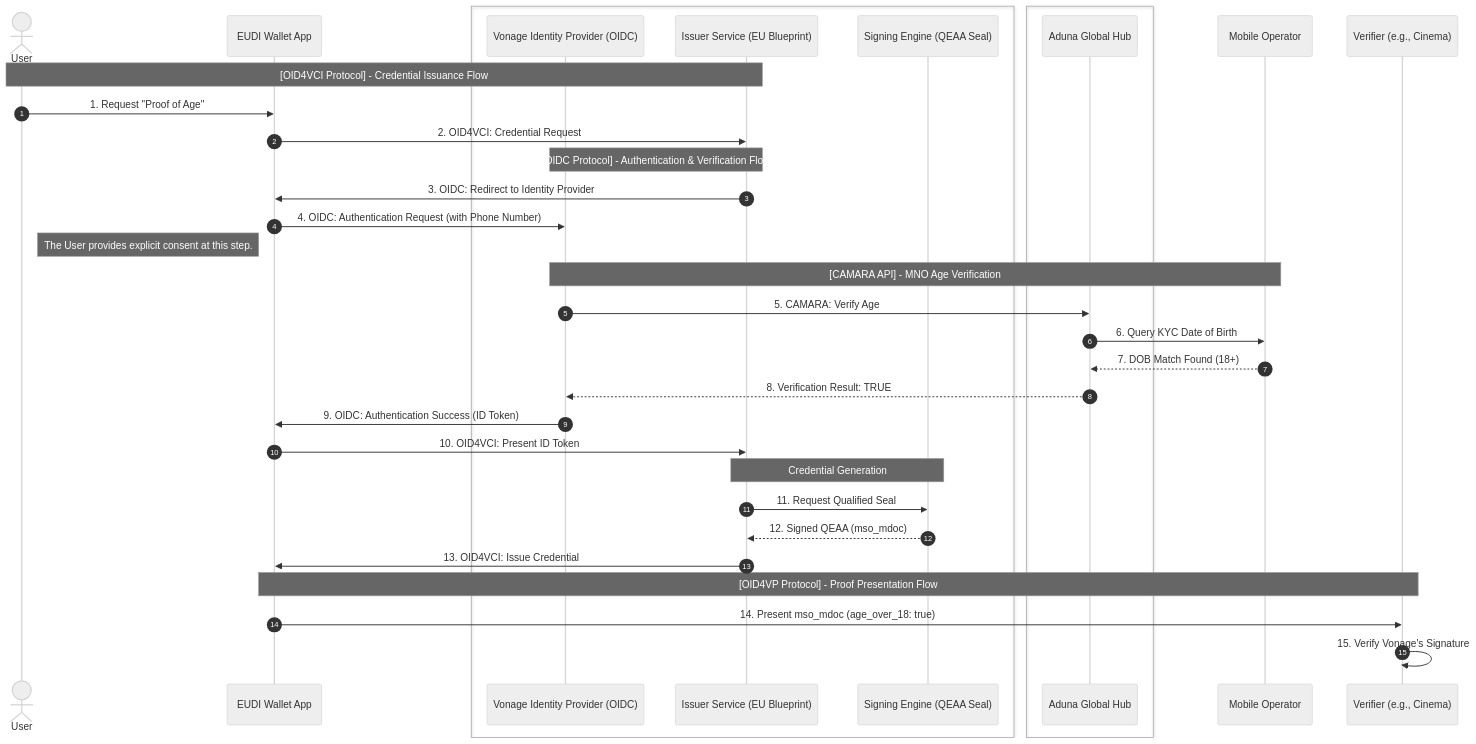
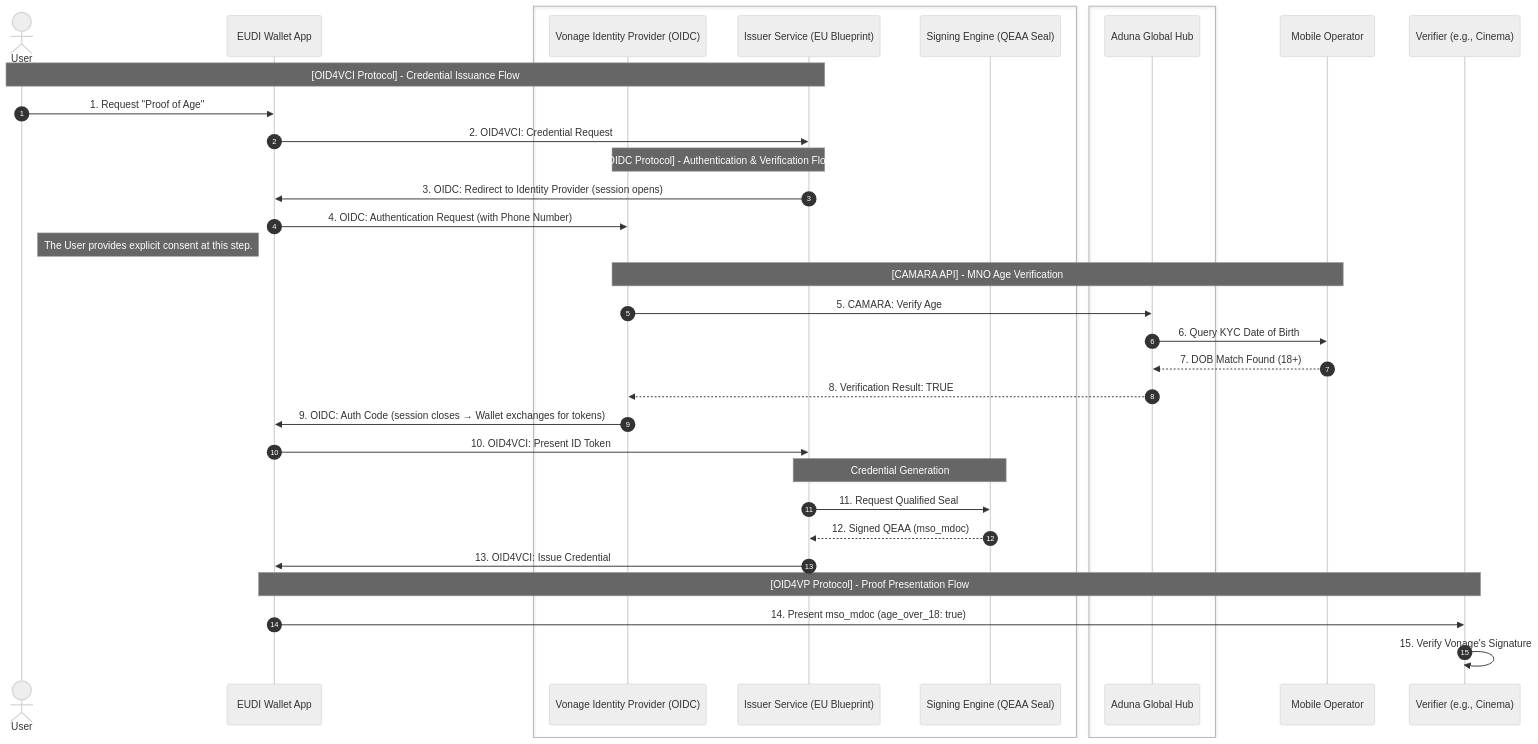
One commit to hope-vonage/eIDAS-age-verification-blueprint changed the diagram in architecture.md. Above: the diagram before and after it, drawn with Mermaid (neutral theme). The commit also changed other lines of this file, not shown here.

Commit message:
docs: clarify OIDC session lifecycle - opens at step 3, closes at step 9

````diff
--- a/architecture.md
+++ b/architecture.md
@@ -9,47 +9,47 @@
 ```mermaid
 sequenceDiagram
     autonumber
     actor User
     participant Wallet as EUDI Wallet App
 
     box #F9F9F9 "Vonage Services"
         participant IdP as Vonage Identity Provider (OIDC)
         participant Iss as Issuer Service (EU Blueprint)
         participant Sign as Signing Engine (QEAA Seal)
     end
     
     box #E1F5FE "Verification Hub"
         participant Aduna as Aduna Global Hub
     end
     
     participant MNO as Mobile Operator
     participant Ver as Verifier (e.g., Cinema)
 
     Note over User, Iss: [OID4VCI Protocol] - Credential Issuance Flow
     User->>Wallet: 1. Request "Proof of Age"
     Wallet->>Iss: 2. OID4VCI: Credential Request
     
     Note over Iss, IdP: [OIDC Protocol] - Authentication & Verification Flow
-    Iss->>Wallet: 3. OIDC: Redirect to Identity Provider
+    Iss->>Wallet: 3. OIDC: Redirect to Identity Provider (session opens)
     Wallet->>IdP: 4. OIDC: Authentication Request (with Phone Number)
     Note right of User: The User provides explicit consent at this step.
     
     Note over IdP, MNO: [CAMARA API] - MNO Age Verification
     IdP->>Aduna: 5. CAMARA: Verify Age
     Aduna->>MNO: 6. Query KYC Date of Birth
     MNO-->>Aduna: 7. DOB Match Found (18+)
     Aduna-->>IdP: 8. Verification Result: TRUE
     
-    IdP->>Wallet: 9. OIDC: Authentication Success (ID Token)
+    IdP->>Wallet: 9. OIDC: Auth Code (session closes → Wallet exchanges for tokens)
     Wallet->>Iss: 10. OID4VCI: Present ID Token
     
     Note over Iss, Sign: Credential Generation
     Iss->>Sign: 11. Request Qualified Seal
     Sign-->>Iss: 12. Signed QEAA (mso_mdoc)
     
     Iss->>Wallet: 13. OID4VCI: Issue Credential
     
     Note over Wallet, Ver: [OID4VP Protocol] - Proof Presentation Flow
     Wallet->>Ver: 14. Present mso_mdoc (age_over_18: true)
     Ver->>Ver: 15. Verify Vonage's Signature
 ```
````
